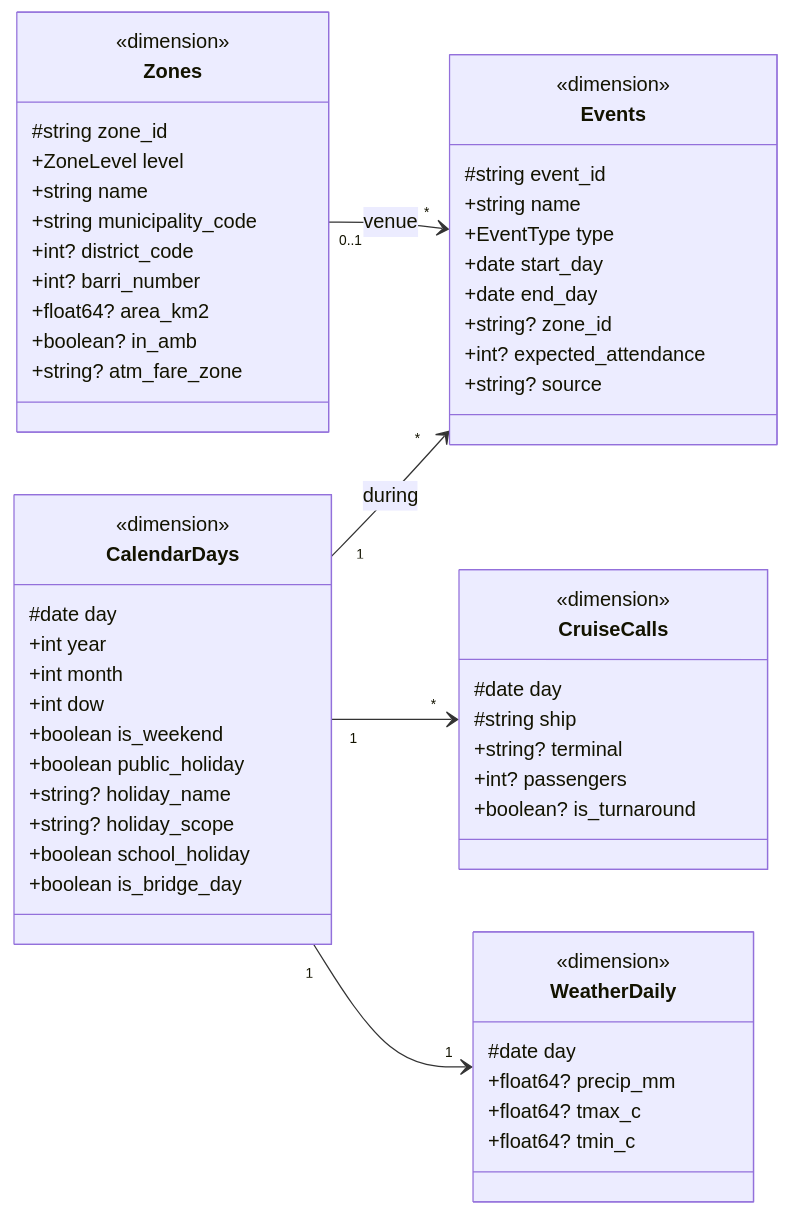
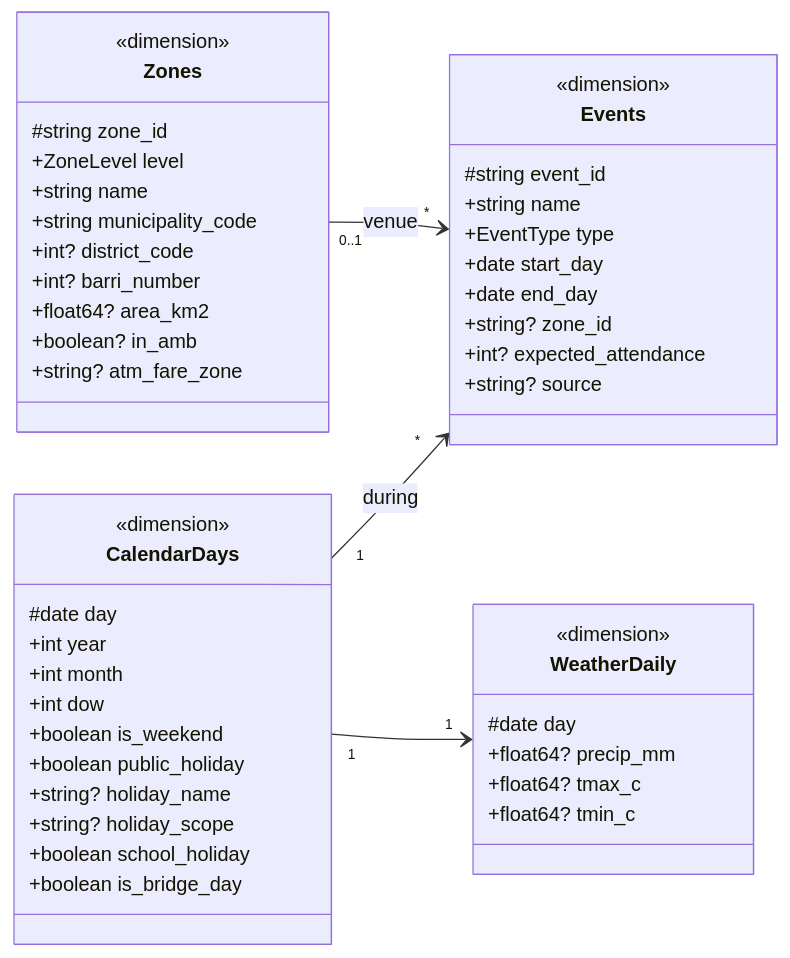
The third of 6 diagrams in docs/data-model.md (asteraceae/prisa), drawn with Mermaid before and after one commit. The commit also changed other lines of this file and 12 other files, not shown here.

````diff
--- a/docs/data-model.md
+++ b/docs/data-model.md
@@ -132,59 +134,50 @@
 ```mermaid
 classDiagram
   direction LR
   class CalendarDays {
     <<dimension>>
     #date day
     +int year
     +int month
     +int dow
     +boolean is_weekend
     +boolean public_holiday
     +string? holiday_name
     +string? holiday_scope
     +boolean school_holiday
     +boolean is_bridge_day
   }
   class Events {
     <<dimension>>
     #string event_id
     +string name
     +EventType type
     +date start_day
     +date end_day
     +string? zone_id
     +int? expected_attendance
     +string? source
   }
-  class CruiseCalls {
-    <<dimension>>
-    #date day
-    #string ship
-    +string? terminal
-    +int? passengers
-    +boolean? is_turnaround
-  }
   class WeatherDaily {
     <<dimension>>
     #date day
     +float64? precip_mm
     +float64? tmax_c
     +float64? tmin_c
   }
   class Zones {
     <<dimension>>
     #string zone_id
     +ZoneLevel level
     +string name
     +string municipality_code
     +int? district_code
     +int? barri_number
     +float64? area_km2
     +boolean? in_amb
     +string? atm_fare_zone
   }
   CalendarDays "1" --> "*" Events : during
-  CalendarDays "1" --> "*" CruiseCalls
   CalendarDays "1" --> "1" WeatherDaily
   Zones "0..1" --> "*" Events : venue
 ```
````
